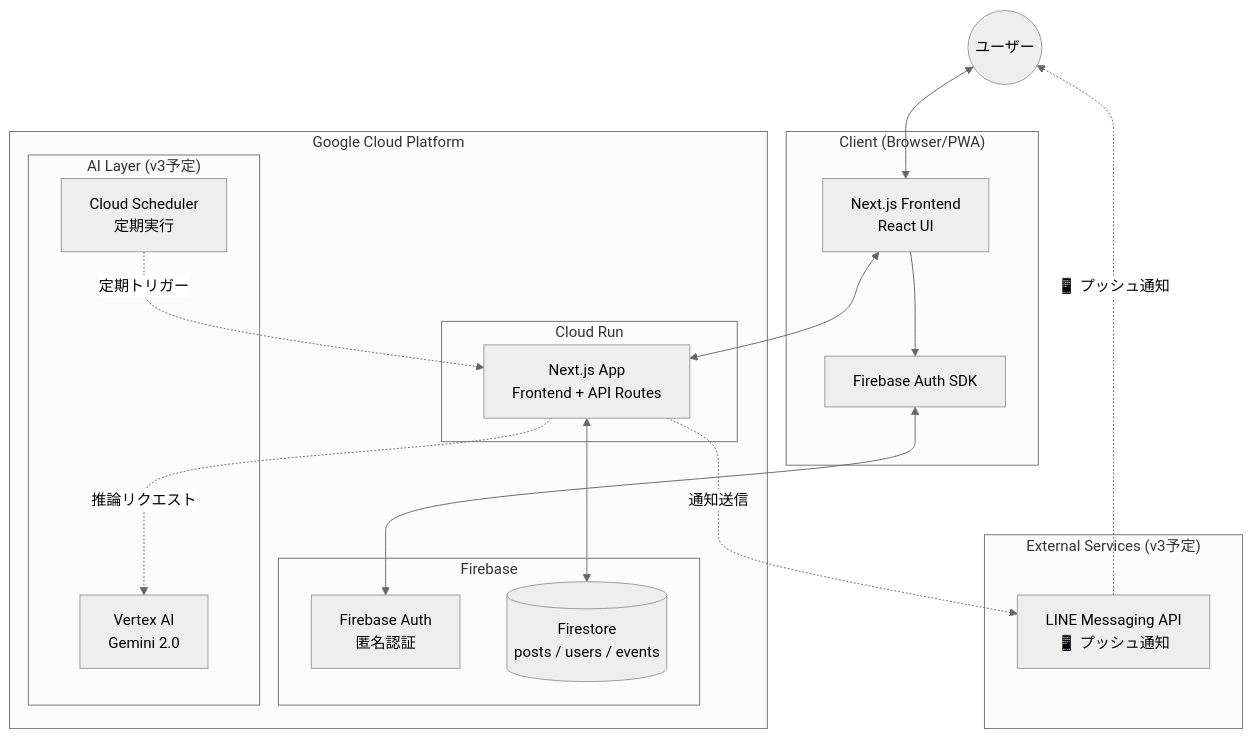
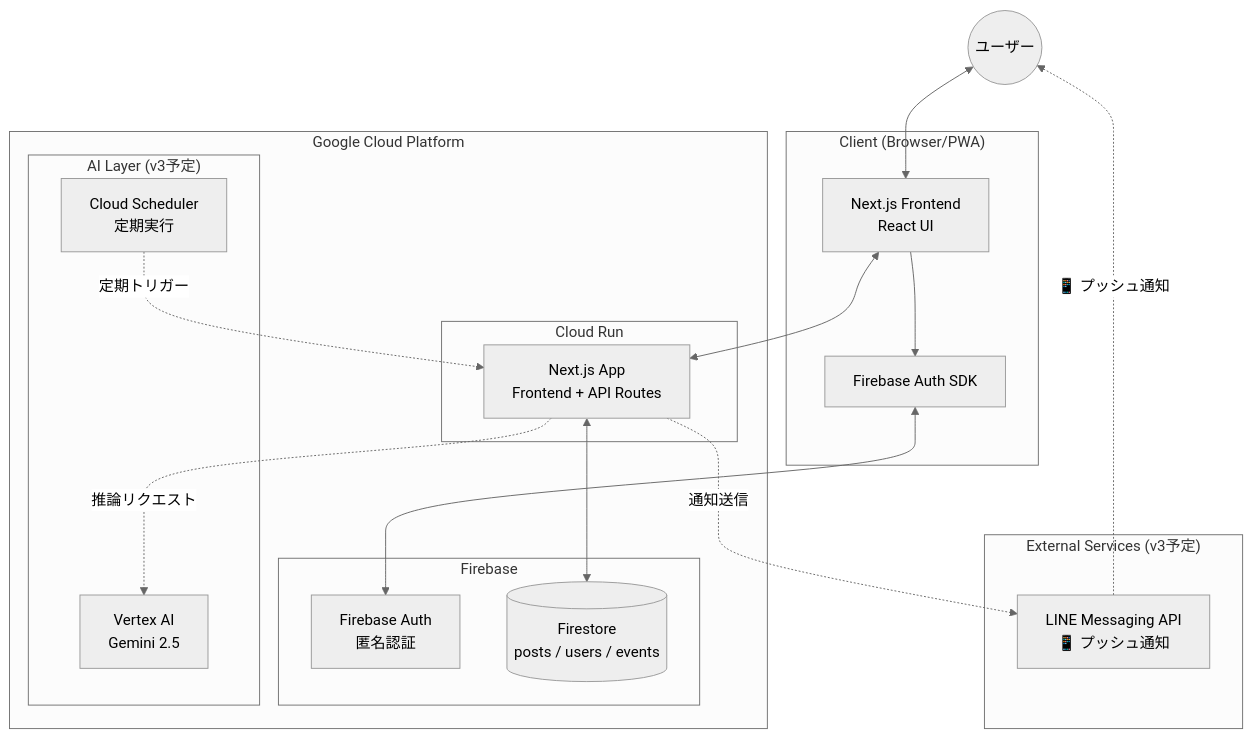
One commit to nekoai-lab/tsugi-no-tokimeki changed the first of 5 diagrams in README.md. Above: the diagram before and after it, drawn with Mermaid (neutral theme). The commit also changed other lines of this file and 1 other file, not shown here.

Commit message:
docs: update to Gemini 2.5

````diff
--- a/README.md
+++ b/README.md
@@ -41,39 +41,39 @@
 ```mermaid
 graph TD
     User((ユーザー))
     
     subgraph "Client (Browser/PWA)"
         UI[Next.js Frontend<br/>React UI]
         AuthSDK[Firebase Auth SDK]
     end
     
     subgraph "Google Cloud Platform"
         subgraph "Cloud Run"
             API[Next.js App<br/>Frontend + API Routes]
         end
         
         subgraph "Firebase"
             Auth[Firebase Auth<br/>匿名認証]
             Firestore[(Firestore<br/>posts / users / events)]
         end
         
         subgraph "AI Layer (v3予定)"
-            VertexAI[Vertex AI<br/>Gemini 2.0]
+            VertexAI[Vertex AI<br/>Gemini 2.5]
             Scheduler[Cloud Scheduler<br/>定期実行]
         end
     end
     
     subgraph "External Services (v3予定)"
         LINE[LINE Messaging API<br/>📱 プッシュ通知]
     end
     
     User <--> UI
     UI --> AuthSDK
     AuthSDK <--> Auth
     UI <--> API
     API <--> Firestore
     Scheduler -.->|"定期トリガー"| API
     API -.->|"推論リクエスト"| VertexAI
     API -.->|"通知送信"| LINE
     LINE -.->|"📱 プッシュ通知"| User
 ```
````
